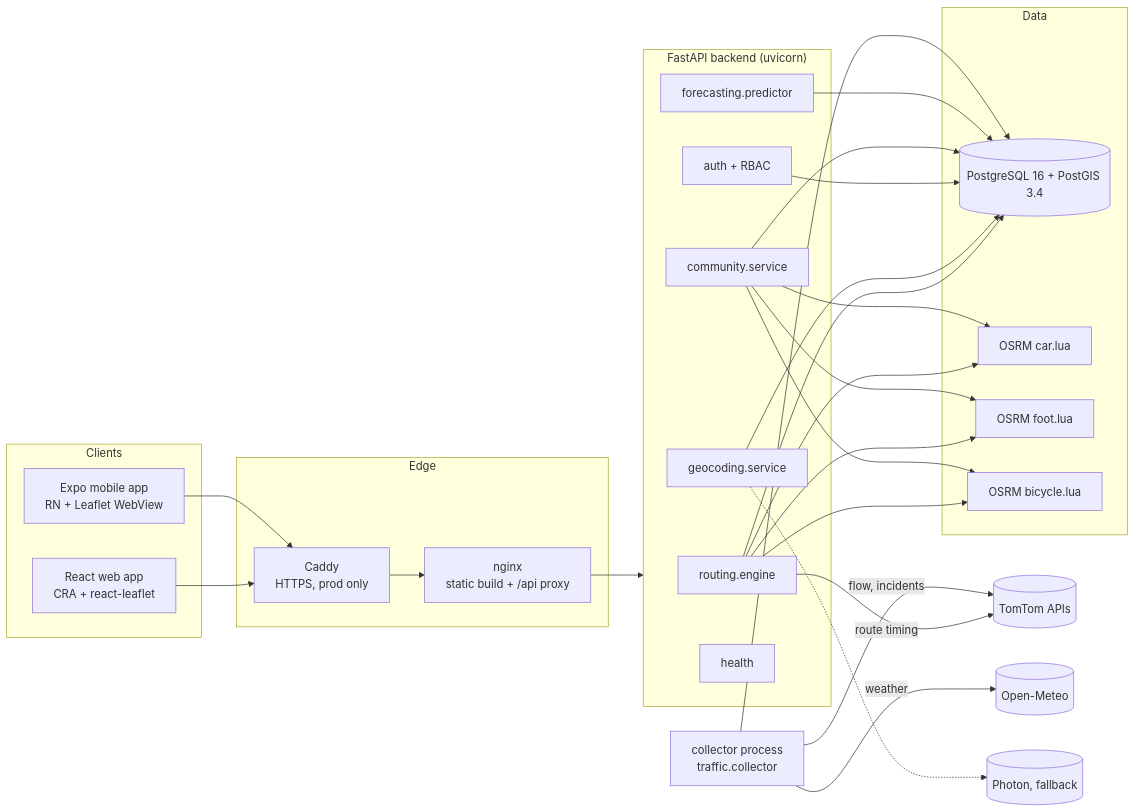
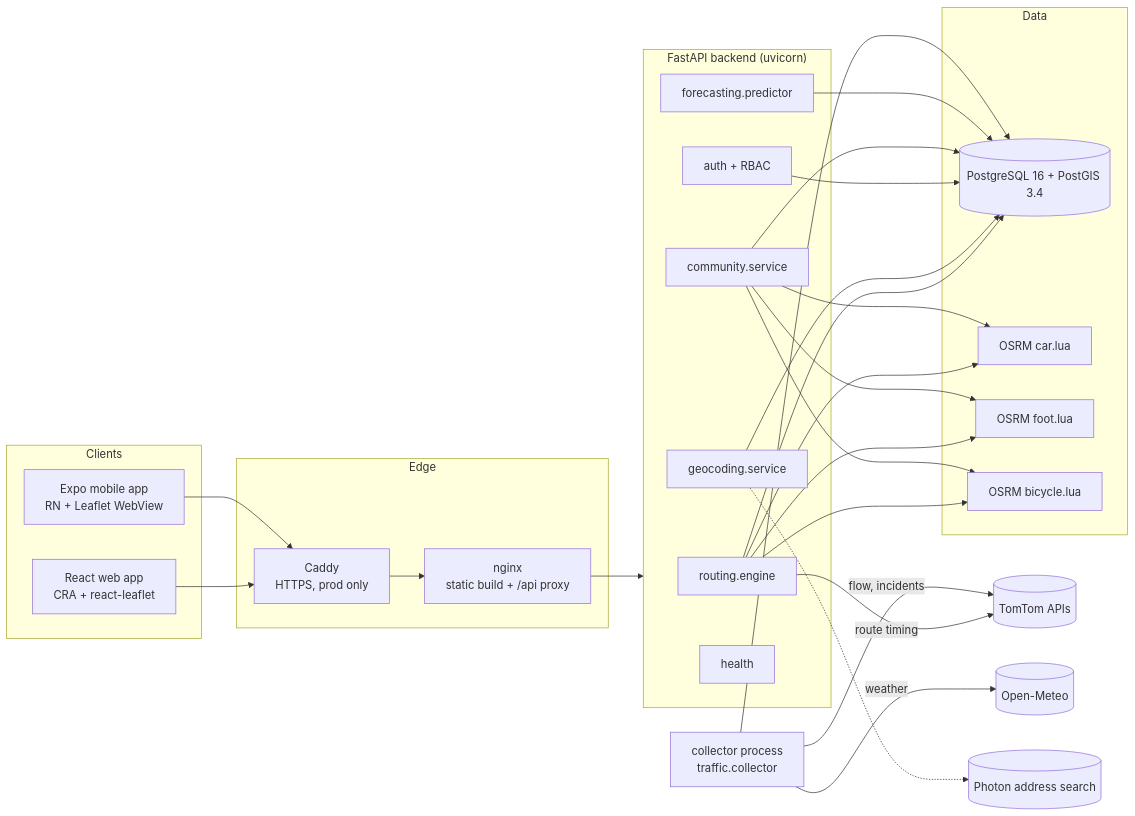
One commit to Isaiah7779/bengaluru-pulse-lite changed the diagram in docs/ARCHITECTURE.md. Above: the diagram before and after it, drawn with Mermaid. The commit also changed 9 other files, not shown here.

First line of the commit message:
fix: address-level place search via Photon and honest search errors

````diff
--- a/docs/ARCHITECTURE.md
+++ b/docs/ARCHITECTURE.md
@@ -5,44 +5,44 @@
 ```mermaid
 flowchart LR
   subgraph Clients
     W[React web app<br/>CRA + react-leaflet]
     M[Expo mobile app<br/>RN + Leaflet WebView]
   end
   subgraph Edge
     C[Caddy<br/>HTTPS, prod only]
     N[nginx<br/>static build + /api proxy]
   end
   subgraph API["FastAPI backend (uvicorn)"]
     R[routing.engine]
     G[geocoding.service]
     A[auth + RBAC]
     CM[community.service]
     F[forecasting.predictor]
     H[health]
   end
   subgraph Data
     PG[(PostgreSQL 16 + PostGIS 3.4)]
     O1[OSRM car.lua]
     O2[OSRM foot.lua]
     O3[OSRM bicycle.lua]
   end
   COL[collector process<br/>traffic.collector]
   TT[(TomTom APIs)]
   OM[(Open-Meteo)]
-  PH[(Photon, fallback)]
+  PH[(Photon address search)]
 
   W --> C --> N --> API
   M --> C
   R --> O1 & O2 & O3
   R -->|route timing| TT
   R --> PG
   G --> PG
   G -.-> PH
   A --> PG
   CM --> O1 & O2 & O3
   CM --> PG
   F --> PG
   COL -->|flow, incidents| TT
   COL -->|weather| OM
   COL --> PG
 ```
````
